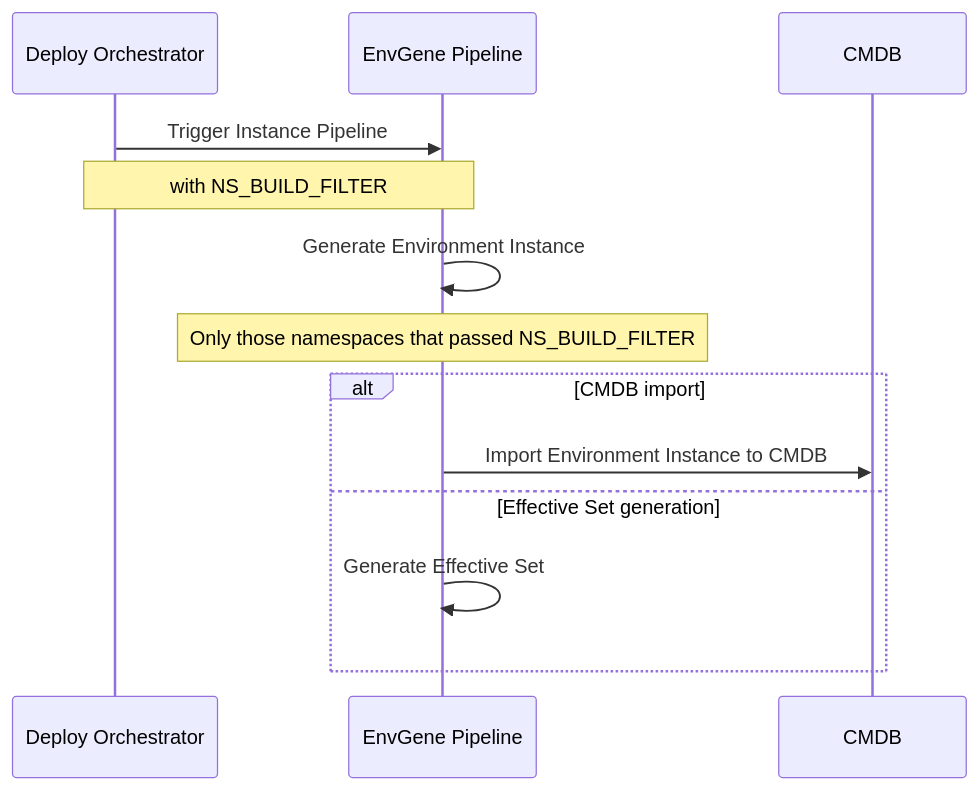
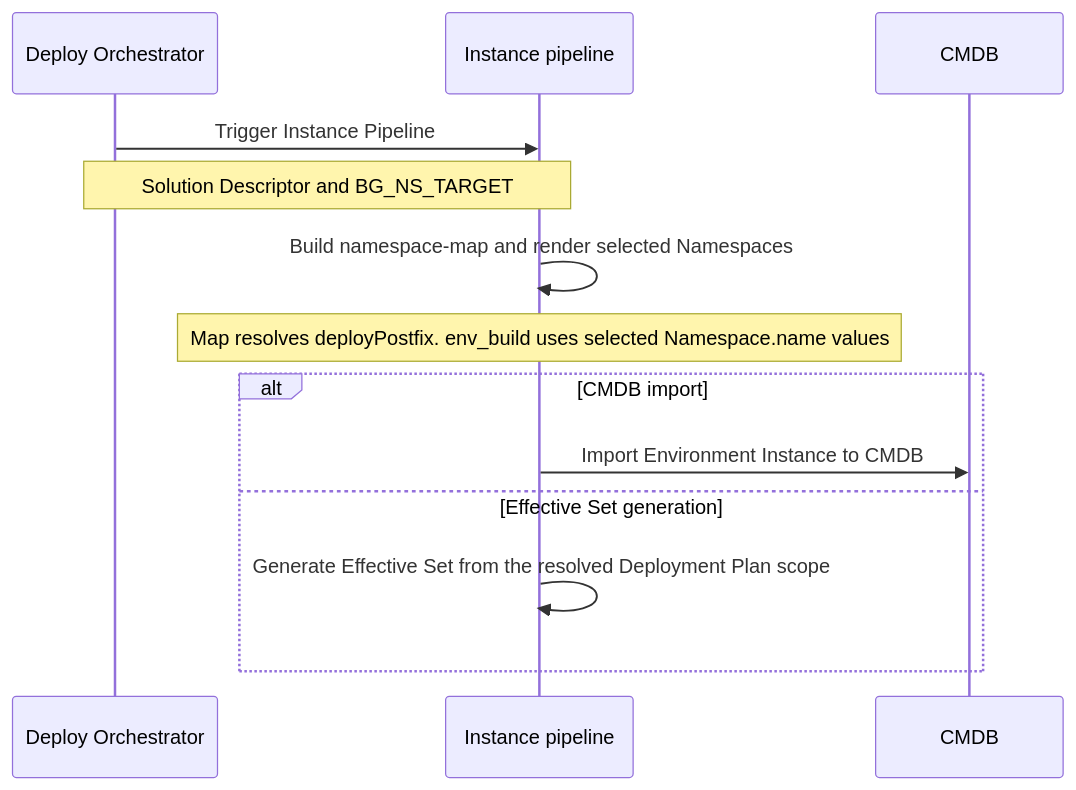
Before and after one commit to Netcracker/qubership-envgene: the second of 3 diagrams in docs/features/blue-green-deployment.md, drawn with Mermaid. The commit also changed other lines of this file and 12 other files, not shown here.

````diff
--- a/docs/features/blue-green-deployment.md
+++ b/docs/features/blue-green-deployment.md
@@ -77,17 +117,17 @@
 ```mermaid
 sequenceDiagram
     participant DP as Deploy Orchestrator
-    participant EGP as EnvGene Pipeline
+    participant EGP as Instance pipeline
     participant CMDB as CMDB
 
     DP->>EGP: Trigger Instance Pipeline
-    Note over DP,EGP: with NS_BUILD_FILTER
-    EGP->>EGP: Generate Environment Instance
-    Note over EGP,EGP: Only those namespaces that passed NS_BUILD_FILTER
+    Note over DP,EGP: Solution Descriptor and BG_NS_TARGET
+    EGP->>EGP: Build namespace-map and render selected Namespaces
+    Note over EGP,EGP: Map resolves deployPostfix. env_build uses selected Namespace.name values
 
     alt CMDB import
         EGP->>CMDB: Import Environment Instance to CMDB
     else Effective Set generation
-        EGP->>EGP: Generate Effective Set
+        EGP->>EGP: Generate Effective Set from the resolved Deployment Plan scope
     end
 ```
````
